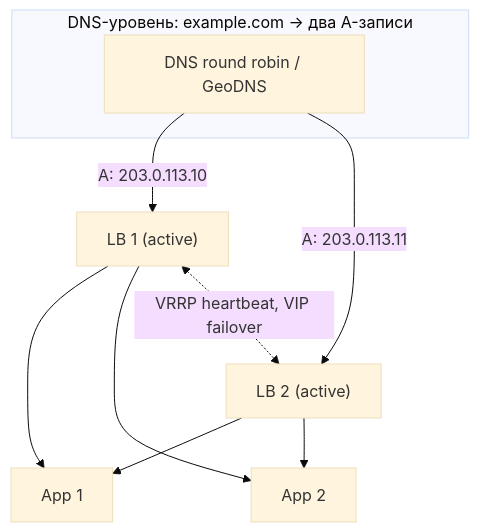
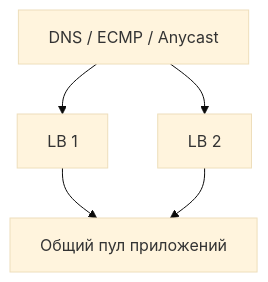
The third of 5 diagrams in 01-building-blocks/load-balancing.md (AlohaJava/system-design-interview-chamkin), drawn with Mermaid (base theme) before and after one commit. The commit also changed other lines of this file and 49 other files, not shown here.

````diff
--- a/01-building-blocks/load-balancing.md
+++ b/01-building-blocks/load-balancing.md
@@ -247,13 +244,7 @@
 ```mermaid
 flowchart TB
-    subgraph DNS["DNS-уровень: example.com -> два A-записи"]
-        R["DNS round robin / GeoDNS"]
-    end
-    R -->|"A: 203.0.113.10"| LB1["LB 1 (active)"]
-    R -->|"A: 203.0.113.11"| LB2["LB 2 (active)"]
-    LB1 --> S1["App 1"]
-    LB1 --> S2["App 2"]
-    LB2 --> S1
-    LB2 --> S2
-    LB1 <-.->|"VRRP heartbeat, VIP failover"| LB2
+    D["DNS / ECMP / Anycast"] --> L1["LB 1"]
+    D --> L2["LB 2"]
+    L1 --> P["Общий пул приложений"]
+    L2 --> P
 ```
````
